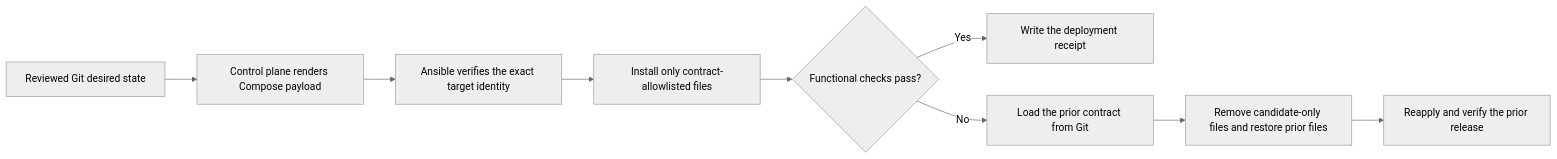
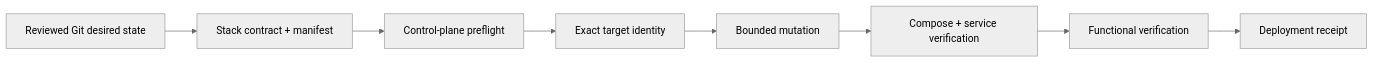
Before and after one commit to d-prost/homelab-ops-blueprint: the first of 2 diagrams in README.md, drawn with Mermaid (neutral theme). The commit also changed other lines of this file, not shown here.

````diff
--- a/README.md
+++ b/README.md
@@ -29,11 +27,10 @@
 ```mermaid
 flowchart LR
-    A["Reviewed Git desired state"] --> B["Control plane renders Compose payload"]
-    B --> C["Ansible verifies the exact target identity"]
-    C --> D["Install only contract-allowlisted files"]
-    D --> E{"Functional checks pass?"}
-    E -->|Yes| F["Write the deployment receipt"]
-    E -->|No| G["Load the prior contract from Git"]
-    G --> H["Remove candidate-only files and restore prior files"]
-    H --> I["Reapply and verify the prior release"]
+    A["Reviewed Git desired state"] --> B["Stack contract + manifest"]
+    B --> C["Control-plane preflight"]
+    C --> D["Exact target identity"]
+    D --> E["Bounded mutation"]
+    E --> F["Compose + service verification"]
+    F --> G["Functional verification"]
+    G --> H["Deployment receipt"]
 ```
````
